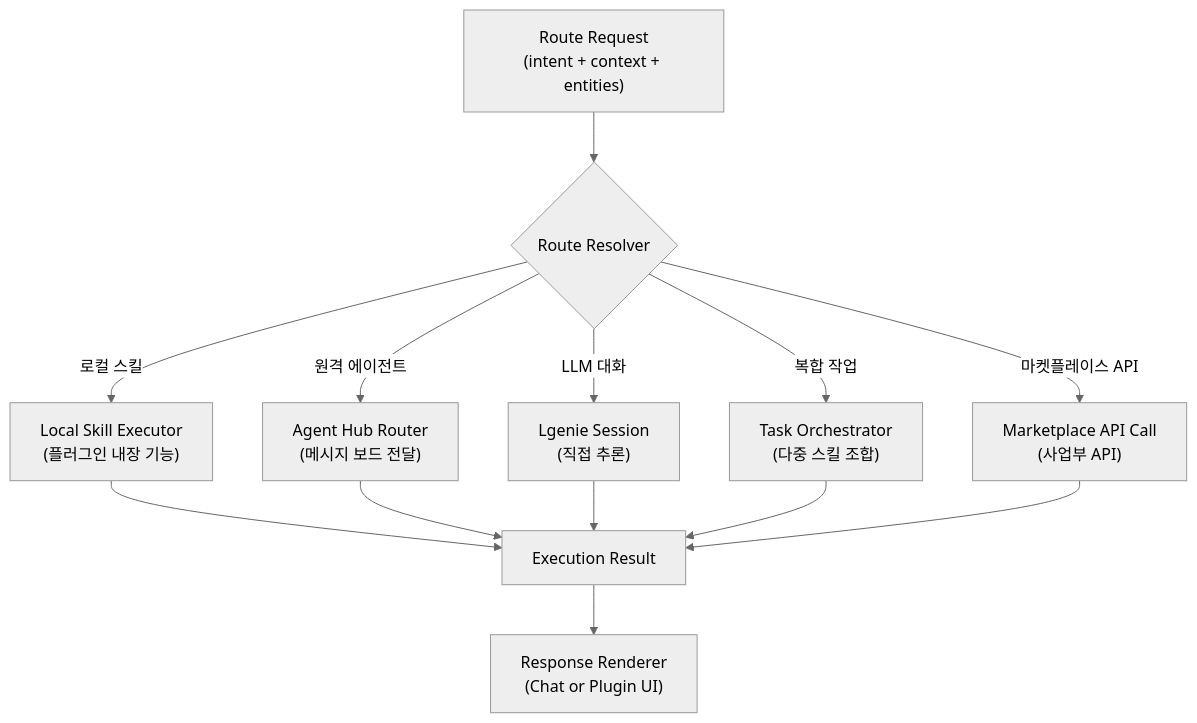
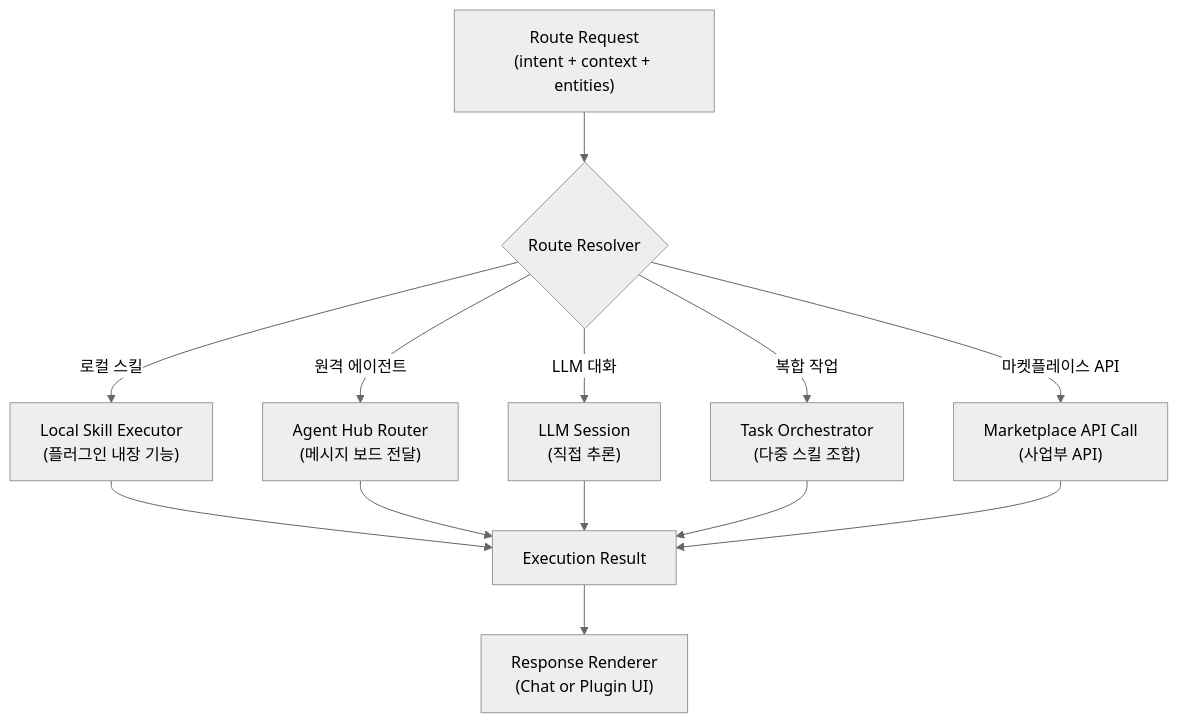
One commit to lvis-project/lvis-app changed the tenth of 21 diagrams in docs/architecture/architecture.reference.md. Above: the diagram before and after it, drawn with Mermaid (neutral theme). The commit also changed other lines of this file and 86 other files, not shown here.

````diff
--- a/docs/architecture/architecture.reference.md
+++ b/docs/architecture/architecture.reference.md
@@ -456,20 +456,20 @@
 ```mermaid
 flowchart TB
     ROUTE_INPUT["Route Request<br/>(intent + context + entities)"]
     
     ROUTE_INPUT --> RESOLVER{"Route Resolver"}
     
     RESOLVER -->|"로컬 스킬"| LOCAL_SKILL["Local Skill Executor<br/>(플러그인 내장 기능)"]
     RESOLVER -->|"원격 에이전트"| AGENT_HUB_ROUTE["Agent Hub Router<br/>(메시지 보드 전달)"]
-    RESOLVER -->|"LLM 대화"| LGENIE_SESSION["Lgenie Session<br/>(직접 추론)"]
+    RESOLVER -->|"LLM 대화"| LLM_BACKEND_SESSION["LLM Session<br/>(직접 추론)"]
     RESOLVER -->|"복합 작업"| ORCHESTRATOR["Task Orchestrator<br/>(다중 스킬 조합)"]
     RESOLVER -->|"마켓플레이스 API"| MARKET_CALL["Marketplace API Call<br/>(사업부 API)"]
     
     LOCAL_SKILL --> RESULT["Execution Result"]
     AGENT_HUB_ROUTE --> RESULT
-    LGENIE_SESSION --> RESULT
+    LLM_BACKEND_SESSION --> RESULT
     ORCHESTRATOR --> RESULT
     MARKET_CALL --> RESULT
     
     RESULT --> RENDERER["Response Renderer<br/>(Chat or Plugin UI)"]
 ```
````
